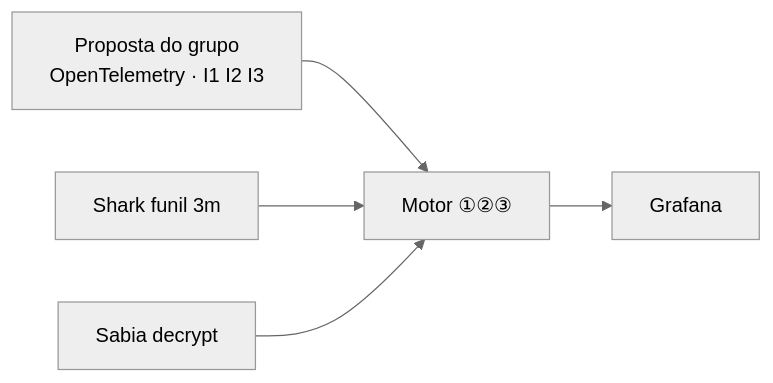
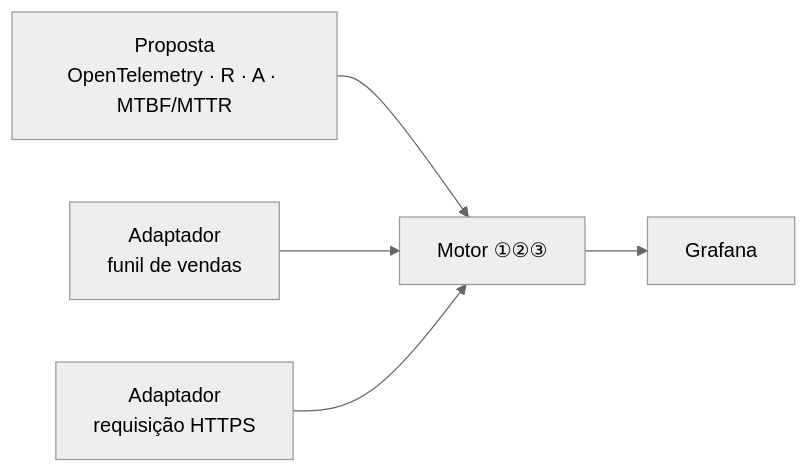
Before and after one commit to FelippeVelosoMarinho/eee017-confiabilidade-http: the fifth of 5 diagrams in docs/caixa-fechada-tp.md, drawn with Mermaid (neutral theme). The commit also changed other lines of this file and 3 other files, not shown here.

````diff
--- a/docs/caixa-fechada-tp.md
+++ b/docs/caixa-fechada-tp.md
@@ -217,7 +159,7 @@
 ```mermaid
 flowchart LR
-  PROP["Proposta do grupo<br/>OpenTelemetry · I1 I2 I3"] --> BOX["Motor ①②③"]
-  SH["Shark funil 3m"] --> BOX
-  SA["Sabia decrypt"] --> BOX
+  PROP["Proposta<br/>OpenTelemetry · R · A · MTBF/MTTR"] --> BOX["Motor ①②③"]
+  FUNIL["Adaptador<br/>funil de vendas"] --> BOX
+  HTTP["Adaptador<br/>requisição HTTPS"] --> BOX
   BOX --> G["Grafana"]
 ```
````
